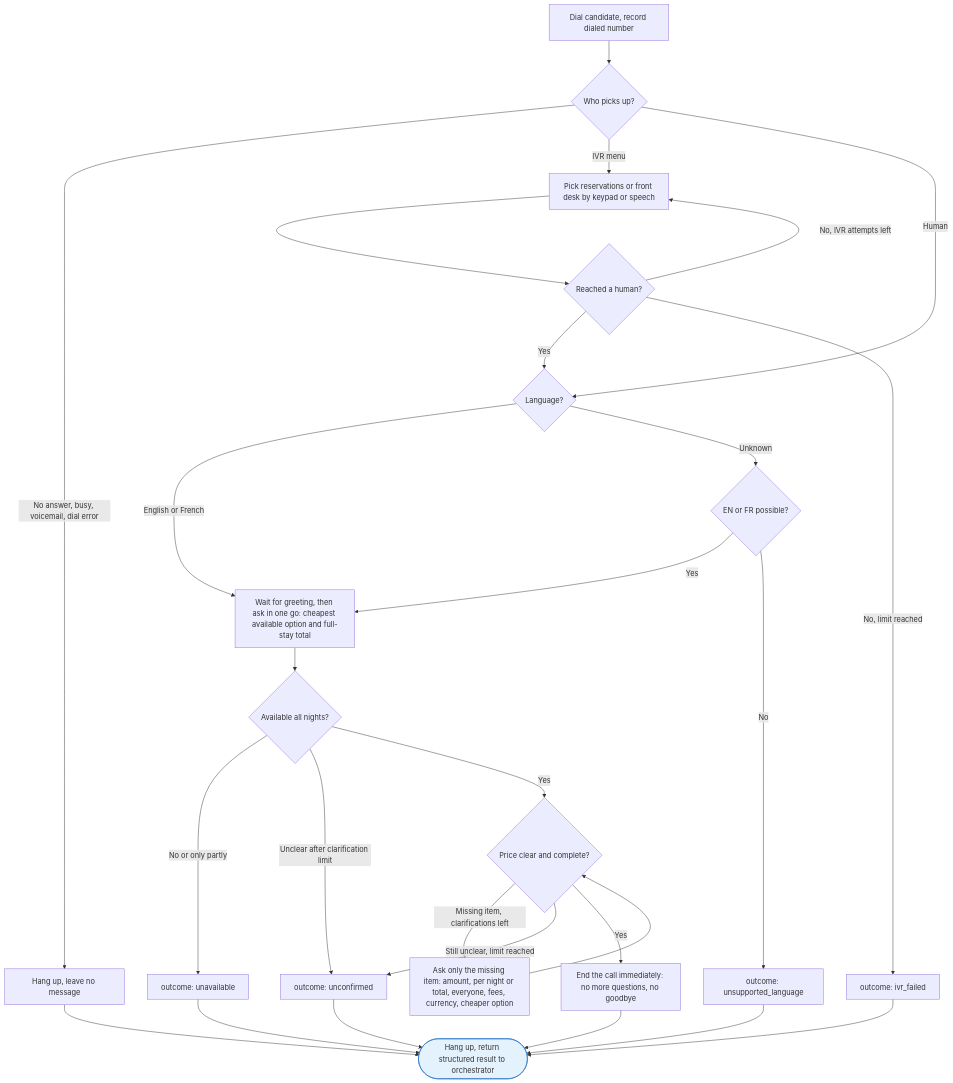
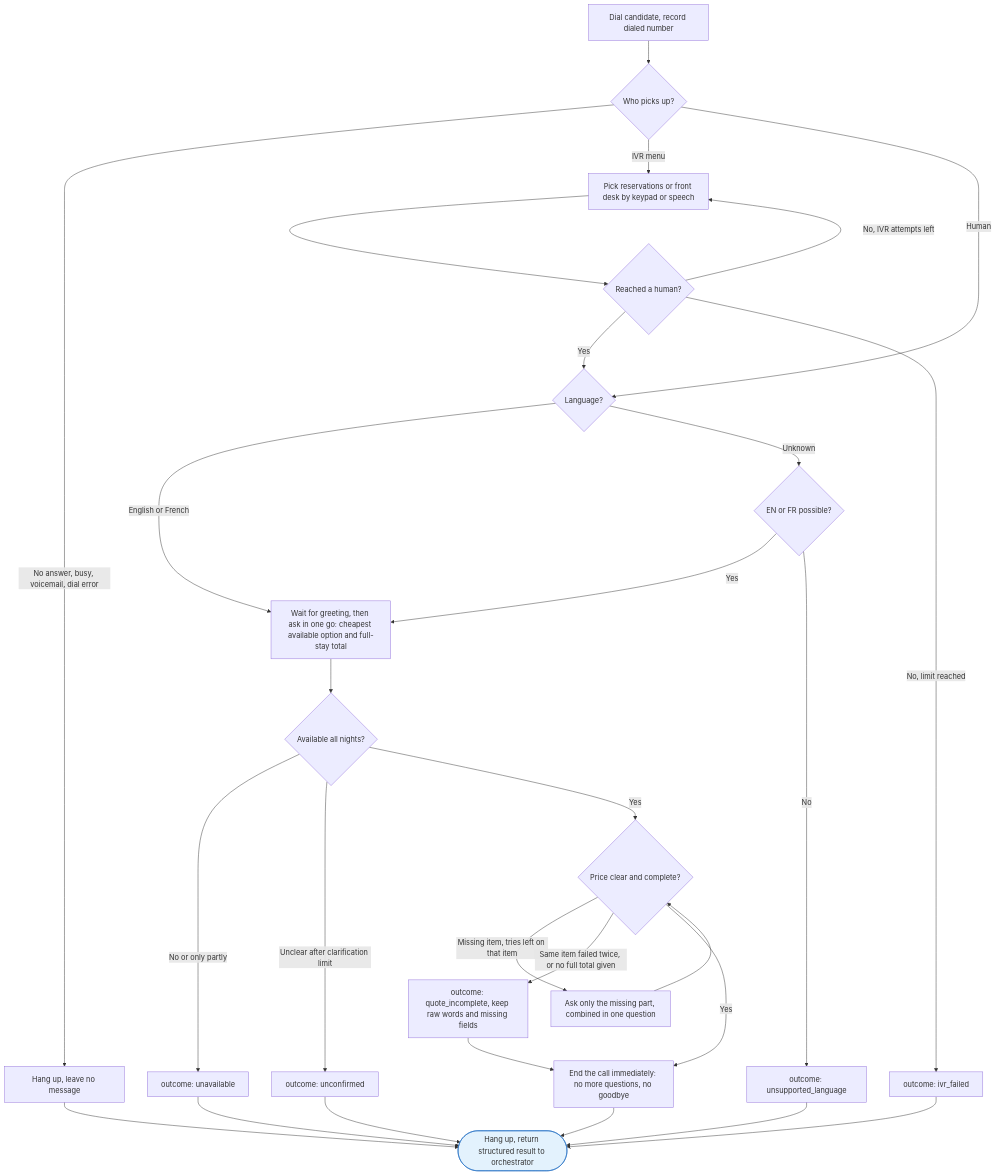
One commit to iratansh/Team-SprintMasters changed the second of 2 diagrams in call-flow.md. Above: the diagram before and after it, drawn with Mermaid. The commit also changed other lines of this file and 1 other file, not shown here.

````diff
--- a/call-flow.md
+++ b/call-flow.md
@@ -107,30 +109,31 @@
 ```mermaid
 flowchart TD
     Dial["Dial candidate, record dialed number"] --> Who{"Who picks up?"}
     Who -->|"No answer, busy, voicemail, dial error"| Fail1["Hang up, leave no message"]
     Who -->|"IVR menu"| IVR["Pick reservations or front desk by keypad or speech"]
     IVR --> IVRok{"Reached a human?"}
     IVRok -->|"Yes"| Lang
     IVRok -->|"No, IVR attempts left"| IVR
     IVRok -->|"No, limit reached"| Fail2["outcome: ivr_failed"]
     Who -->|"Human"| Lang{"Language?"}
     Lang -->|"English or French"| Open["Wait for greeting, then ask in one go: cheapest available option and full-stay total"]
     Lang -->|"Unknown"| LangQ{"EN or FR possible?"}
     LangQ -->|"Yes"| Open
     LangQ -->|"No"| Fail3["outcome: unsupported_language"]
     Open --> Avail{"Available all nights?"}
     Avail -->|"No or only partly"| Fail4["outcome: unavailable"]
     Avail -->|"Unclear after clarification limit"| Fail5["outcome: unconfirmed"]
     Avail -->|"Yes"| Gap{"Price clear and complete?"}
-    Gap -->|"Missing item, clarifications left"| AskGap["Ask only the missing item: amount, per night or total, everyone, fees, currency, cheaper option"]
+    Gap -->|"Missing item, tries left on that item"| AskGap["Ask only the missing part, combined in one question"]
     AskGap --> Gap
-    Gap -->|"Still unclear, limit reached"| Fail5
+    Gap -->|"Same item failed twice, or no full total given"| Partial["outcome: quote_incomplete, keep raw words and missing fields"]
+    Partial --> Close
     Gap -->|"Yes"| Close["End the call immediately: no more questions, no goodbye"]
     Close --> Ret(["Hang up, return structured result to orchestrator"])
     Fail1 --> Ret
     Fail2 --> Ret
     Fail3 --> Ret
     Fail4 --> Ret
     Fail5 --> Ret
     style Ret fill:#e3f2fd,stroke:#1565c0
 ```
````
